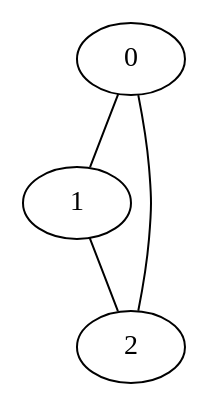
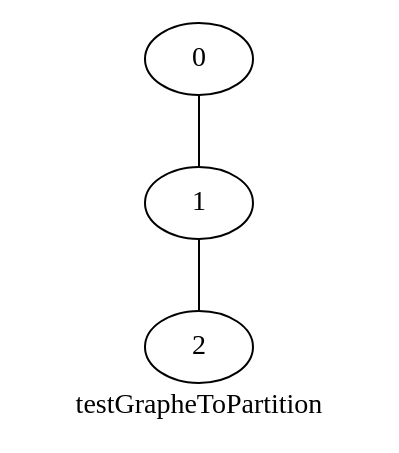
Before and after one commit to LilianHERTEL/Labyrinthe-parcours-en-C: the diagram in compo_connexes/graphviz/testGrapheToPartition.dot, drawn with Graphviz. The commit also changed 7 other files, not shown here.

```diff
--- a/compo_connexes/graphviz/testGrapheToPartition.dot
+++ b/compo_connexes/graphviz/testGrapheToPartition.dot
@@ -1,16 +1,20 @@
 graph testGrapheToPartition {
-	graph [bb="0,0,81,180"];
+	graph [bb="0,0,176,203",
+		label=testGrapheToPartition,
+		lheight=0.21,
+		lp="88,11.5",
+		lwidth=2.22
+	];
 	node [label="\N"];
 	0	 [height=0.5,
-		pos="54,162",
+		pos="88,185",
 		width=0.75];
 	1	 [height=0.5,
-		pos="27,90",
+		pos="88,113",
 		width=0.75];
-	0 -- 1	 [pos="47.326,144.2 43.141,133.04 37.768,118.71 33.597,107.59"];
+	0 -- 1	 [pos="88,166.83 88,156 88,142.29 88,131.41"];
 	2	 [height=0.5,
-		pos="54,18",
+		pos="88,41",
 		width=0.75];
-	0 -- 2	 [pos="57.747,144.09 59.747,133.62 61.997,120.12 63,108 64.32,92.055 64.32,87.945 63,72 61.997,59.876 59.747,46.376 57.747,35.907"];
-	1 -- 2	 [pos="33.674,72.202 37.859,61.042 43.232,46.714 47.403,35.593"];
+	1 -- 2	 [pos="88,94.831 88,84 88,70.288 88,59.413"];
 }
```
